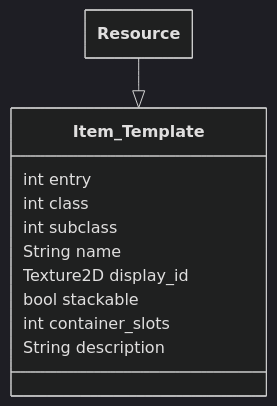
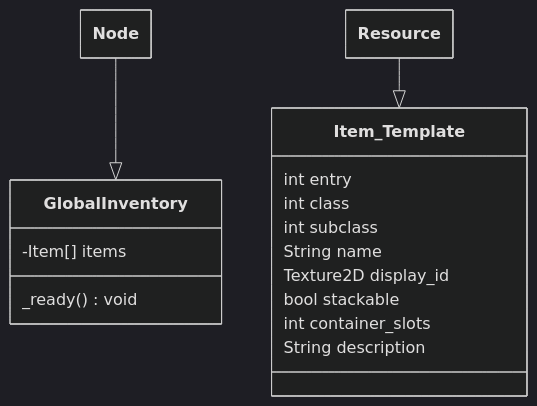
The diagram in docs/inventory.md (arnoldblake/godot-3d-multiplayer-template), drawn with Mermaid (dark theme) before and after one commit. The commit also changed other lines of this file and 16 other files, not shown here.

```diff
--- a/docs/inventory.md
+++ b/docs/inventory.md
@@ -5,20 +7,28 @@
 ::: mermaid
 ---
 config:
     class:
         hideEmptyMembersBox: true
 ---
 
 classDiagram
+    Node --|> GlobalInventory
+    class GlobalInventory {
+        -Item[] items
+        _ready() void
+    }
+
     Resource --|> Item_Template
     class Item_Template {
         int entry
         int class
         int subclass
         String name
         Texture2D display_id
         bool stackable
         int container_slots
         String description
     }
+
+
 ::: 
```
